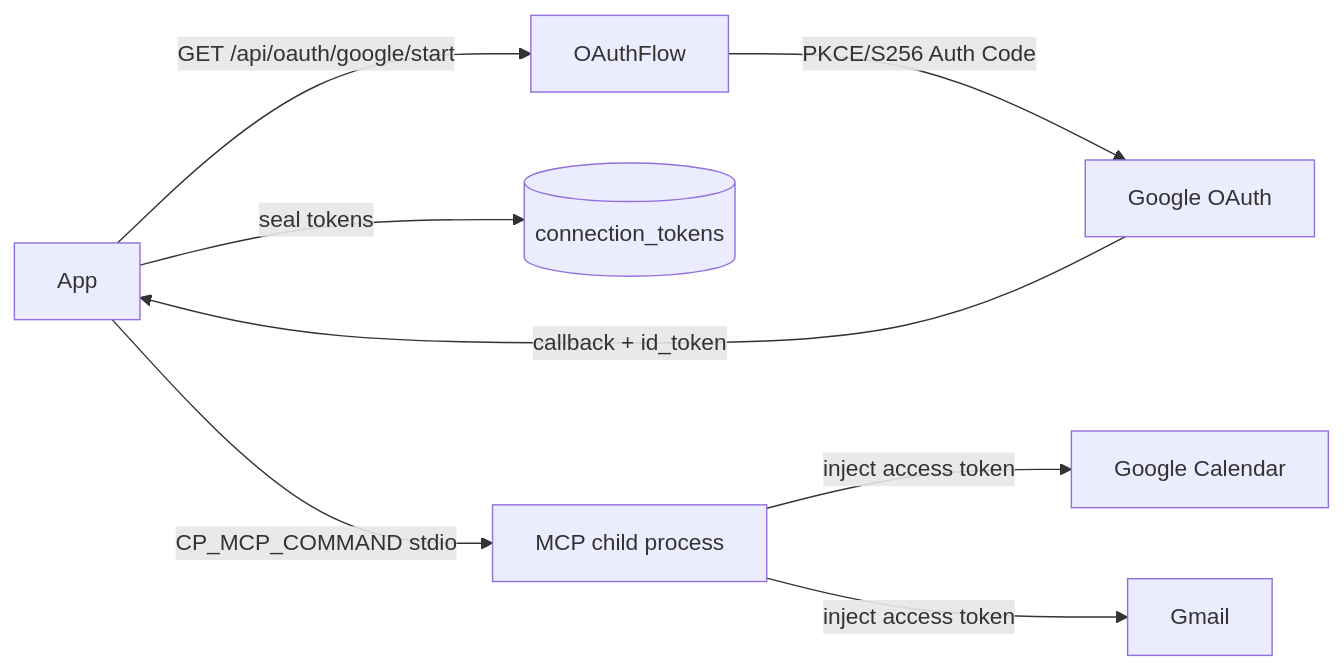
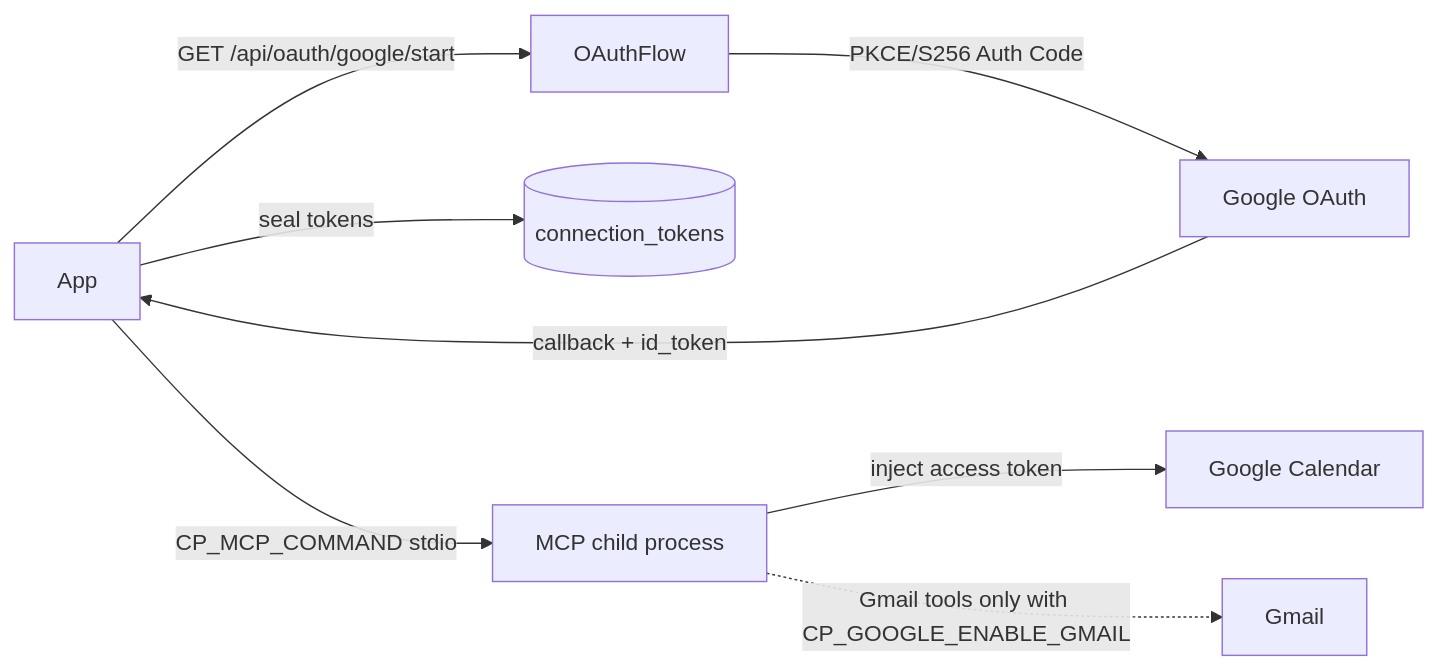
The fifth of 8 diagrams in ARCHITECTURE.md (companionintelligence/CI-Planning), drawn with Mermaid before and after one commit. The commit also changed other lines of this file and 30 other files, not shown here.

````diff
--- a/ARCHITECTURE.md
+++ b/ARCHITECTURE.md
@@ -1025,10 +1124,10 @@
 ```mermaid
 flowchart LR
     App -->|"GET /api/oauth/google/start"| OAuthFlow
     OAuthFlow -->|PKCE/S256 Auth Code| Google["Google OAuth"]
     Google -->|callback + id_token| App
     App -->|seal tokens| CT[("connection_tokens")]
     App -->|"CP_MCP_COMMAND stdio"| MCP["MCP child process"]
     MCP -->|"inject access token"| GCal["Google Calendar"]
-    MCP -->|"inject access token"| Gmail["Gmail"]
+    MCP -.->|"Gmail tools only with CP_GOOGLE_ENABLE_GMAIL"| Gmail["Gmail"]
 ```
````
